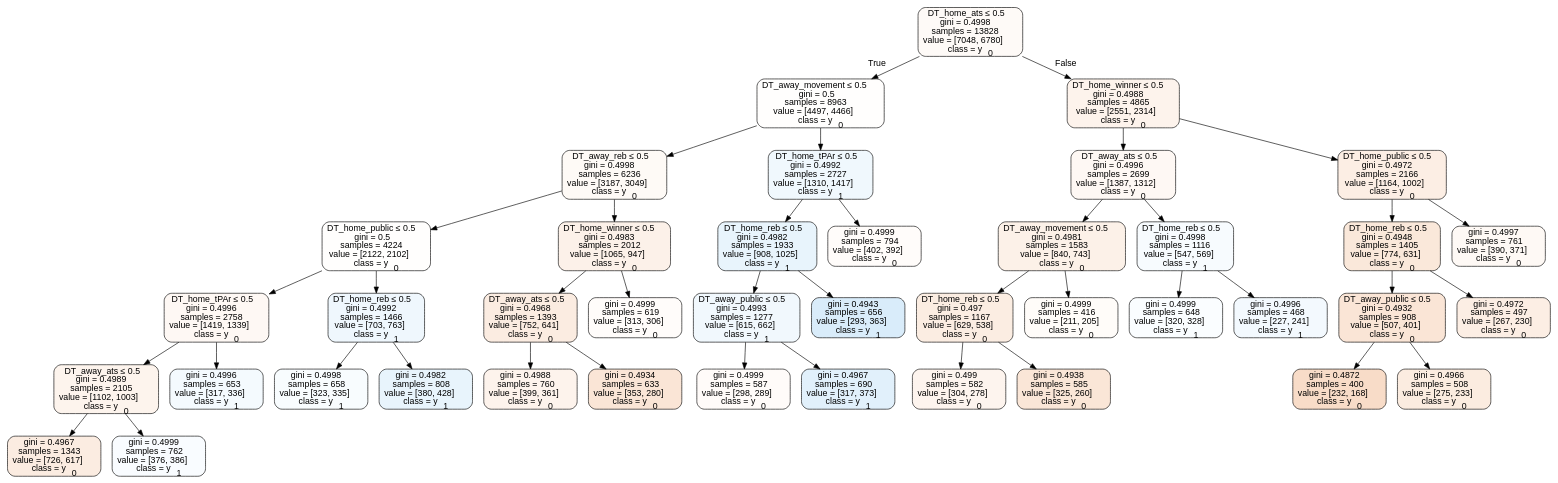
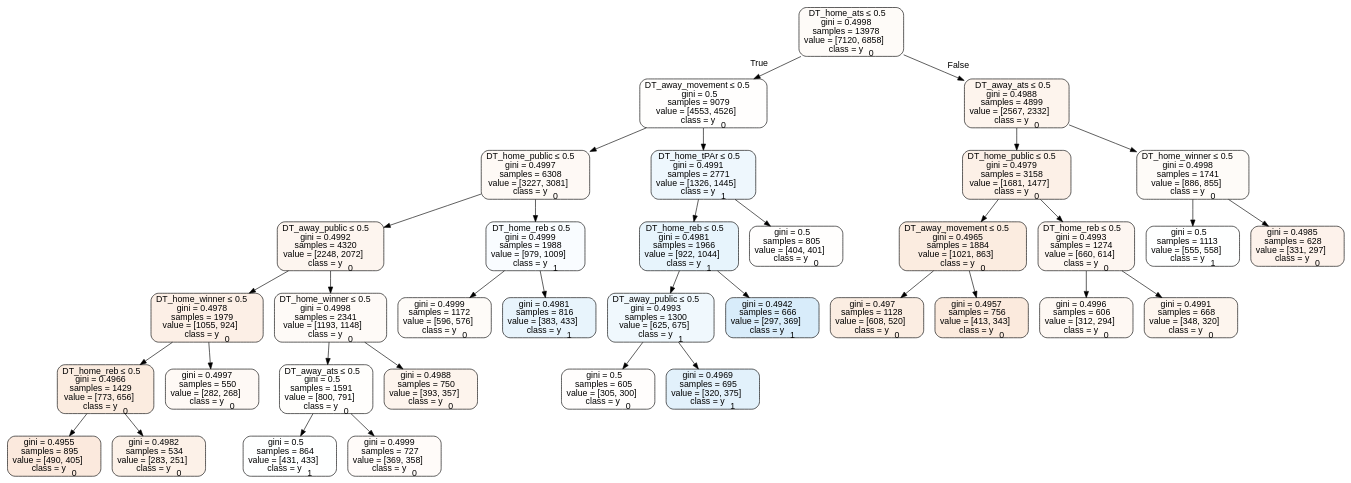
The diagram in tree_data/tree2012home.dot (usbogie/ncaa-bets), drawn with Graphviz before and after one commit. The commit also changed 26 other files, not shown here.

```diff
--- a/tree_data/tree2012home.dot
+++ b/tree_data/tree2012home.dot
@@ -1,85 +1,73 @@
 digraph Tree {
 node [shape=box, style="filled, rounded", color="black", fontname=helvetica] ;
 edge [fontname=helvetica] ;
-0 [label=<DT_home_ats &le; 0.5<br/>gini = 0.4998<br/>samples = 13828<br/>value = [7048, 6780]<br/>class = y<SUB>0</SUB>>, fillcolor="#e581390a"] ;
-1 [label=<DT_away_movement &le; 0.5<br/>gini = 0.5<br/>samples = 8963<br/>value = [4497, 4466]<br/>class = y<SUB>0</SUB>>, fillcolor="#e5813902"] ;
+0 [label=<DT_home_ats &le; 0.5<br/>gini = 0.4998<br/>samples = 13978<br/>value = [7120, 6858]<br/>class = y<SUB>0</SUB>>, fillcolor="#e5813909"] ;
+1 [label=<DT_away_movement &le; 0.5<br/>gini = 0.5<br/>samples = 9079<br/>value = [4553, 4526]<br/>class = y<SUB>0</SUB>>, fillcolor="#e5813902"] ;
 0 -> 1 [labeldistance=2.5, labelangle=45, headlabel="True"] ;
-2 [label=<DT_away_reb &le; 0.5<br/>gini = 0.4998<br/>samples = 6236<br/>value = [3187, 3049]<br/>class = y<SUB>0</SUB>>, fillcolor="#e581390b"] ;
+2 [label=<DT_home_public &le; 0.5<br/>gini = 0.4997<br/>samples = 6308<br/>value = [3227, 3081]<br/>class = y<SUB>0</SUB>>, fillcolor="#e581390c"] ;
 1 -> 2 ;
-3 [label=<DT_home_public &le; 0.5<br/>gini = 0.5<br/>samples = 4224<br/>value = [2122, 2102]<br/>class = y<SUB>0</SUB>>, fillcolor="#e5813902"] ;
+3 [label=<DT_away_public &le; 0.5<br/>gini = 0.4992<br/>samples = 4320<br/>value = [2248, 2072]<br/>class = y<SUB>0</SUB>>, fillcolor="#e5813914"] ;
 2 -> 3 ;
-4 [label=<DT_home_tPAr &le; 0.5<br/>gini = 0.4996<br/>samples = 2758<br/>value = [1419, 1339]<br/>class = y<SUB>0</SUB>>, fillcolor="#e581390e"] ;
+4 [label=<DT_home_winner &le; 0.5<br/>gini = 0.4978<br/>samples = 1979<br/>value = [1055, 924]<br/>class = y<SUB>0</SUB>>, fillcolor="#e5813920"] ;
 3 -> 4 ;
-5 [label=<DT_away_ats &le; 0.5<br/>gini = 0.4989<br/>samples = 2105<br/>value = [1102, 1003]<br/>class = y<SUB>0</SUB>>, fillcolor="#e5813917"] ;
+5 [label=<DT_home_reb &le; 0.5<br/>gini = 0.4966<br/>samples = 1429<br/>value = [773, 656]<br/>class = y<SUB>0</SUB>>, fillcolor="#e5813927"] ;
 4 -> 5 ;
-6 [label=<gini = 0.4967<br/>samples = 1343<br/>value = [726, 617]<br/>class = y<SUB>0</SUB>>, fillcolor="#e5813926"] ;
+6 [label=<gini = 0.4955<br/>samples = 895<br/>value = [490, 405]<br/>class = y<SUB>0</SUB>>, fillcolor="#e581392c"] ;
 5 -> 6 ;
-7 [label=<gini = 0.4999<br/>samples = 762<br/>value = [376, 386]<br/>class = y<SUB>1</SUB>>, fillcolor="#399de507"] ;
+7 [label=<gini = 0.4982<br/>samples = 534<br/>value = [283, 251]<br/>class = y<SUB>0</SUB>>, fillcolor="#e581391d"] ;
 5 -> 7 ;
-8 [label=<gini = 0.4996<br/>samples = 653<br/>value = [317, 336]<br/>class = y<SUB>1</SUB>>, fillcolor="#399de50e"] ;
+8 [label=<gini = 0.4997<br/>samples = 550<br/>value = [282, 268]<br/>class = y<SUB>0</SUB>>, fillcolor="#e581390d"] ;
 4 -> 8 ;
-9 [label=<DT_home_reb &le; 0.5<br/>gini = 0.4992<br/>samples = 1466<br/>value = [703, 763]<br/>class = y<SUB>1</SUB>>, fillcolor="#399de514"] ;
+9 [label=<DT_home_winner &le; 0.5<br/>gini = 0.4998<br/>samples = 2341<br/>value = [1193, 1148]<br/>class = y<SUB>0</SUB>>, fillcolor="#e581390a"] ;
 3 -> 9 ;
-10 [label=<gini = 0.4998<br/>samples = 658<br/>value = [323, 335]<br/>class = y<SUB>1</SUB>>, fillcolor="#399de509"] ;
+10 [label=<DT_away_ats &le; 0.5<br/>gini = 0.5<br/>samples = 1591<br/>value = [800, 791]<br/>class = y<SUB>0</SUB>>, fillcolor="#e5813903"] ;
 9 -> 10 ;
-11 [label=<gini = 0.4982<br/>samples = 808<br/>value = [380, 428]<br/>class = y<SUB>1</SUB>>, fillcolor="#399de51d"] ;
-9 -> 11 ;
-12 [label=<DT_home_winner &le; 0.5<br/>gini = 0.4983<br/>samples = 2012<br/>value = [1065, 947]<br/>class = y<SUB>0</SUB>>, fillcolor="#e581391c"] ;
-2 -> 12 ;
-13 [label=<DT_away_ats &le; 0.5<br/>gini = 0.4968<br/>samples = 1393<br/>value = [752, 641]<br/>class = y<SUB>0</SUB>>, fillcolor="#e5813926"] ;
-12 -> 13 ;
-14 [label=<gini = 0.4988<br/>samples = 760<br/>value = [399, 361]<br/>class = y<SUB>0</SUB>>, fillcolor="#e5813918"] ;
-13 -> 14 ;
-15 [label=<gini = 0.4934<br/>samples = 633<br/>value = [353, 280]<br/>class = y<SUB>0</SUB>>, fillcolor="#e5813935"] ;
-13 -> 15 ;
-16 [label=<gini = 0.4999<br/>samples = 619<br/>value = [313, 306]<br/>class = y<SUB>0</SUB>>, fillcolor="#e5813906"] ;
-12 -> 16 ;
-17 [label=<DT_home_tPAr &le; 0.5<br/>gini = 0.4992<br/>samples = 2727<br/>value = [1310, 1417]<br/>class = y<SUB>1</SUB>>, fillcolor="#399de513"] ;
+11 [label=<gini = 0.5<br/>samples = 864<br/>value = [431, 433]<br/>class = y<SUB>1</SUB>>, fillcolor="#399de501"] ;
+10 -> 11 ;
+12 [label=<gini = 0.4999<br/>samples = 727<br/>value = [369, 358]<br/>class = y<SUB>0</SUB>>, fillcolor="#e5813908"] ;
+10 -> 12 ;
+13 [label=<gini = 0.4988<br/>samples = 750<br/>value = [393, 357]<br/>class = y<SUB>0</SUB>>, fillcolor="#e5813917"] ;
+9 -> 13 ;
+14 [label=<DT_home_reb &le; 0.5<br/>gini = 0.4999<br/>samples = 1988<br/>value = [979, 1009]<br/>class = y<SUB>1</SUB>>, fillcolor="#399de508"] ;
+2 -> 14 ;
+15 [label=<gini = 0.4999<br/>samples = 1172<br/>value = [596, 576]<br/>class = y<SUB>0</SUB>>, fillcolor="#e5813909"] ;
+14 -> 15 ;
+16 [label=<gini = 0.4981<br/>samples = 816<br/>value = [383, 433]<br/>class = y<SUB>1</SUB>>, fillcolor="#399de51d"] ;
+14 -> 16 ;
+17 [label=<DT_home_tPAr &le; 0.5<br/>gini = 0.4991<br/>samples = 2771<br/>value = [1326, 1445]<br/>class = y<SUB>1</SUB>>, fillcolor="#399de515"] ;
 1 -> 17 ;
-18 [label=<DT_home_reb &le; 0.5<br/>gini = 0.4982<br/>samples = 1933<br/>value = [908, 1025]<br/>class = y<SUB>1</SUB>>, fillcolor="#399de51d"] ;
+18 [label=<DT_home_reb &le; 0.5<br/>gini = 0.4981<br/>samples = 1966<br/>value = [922, 1044]<br/>class = y<SUB>1</SUB>>, fillcolor="#399de51e"] ;
 17 -> 18 ;
-19 [label=<DT_away_public &le; 0.5<br/>gini = 0.4993<br/>samples = 1277<br/>value = [615, 662]<br/>class = y<SUB>1</SUB>>, fillcolor="#399de512"] ;
+19 [label=<DT_away_public &le; 0.5<br/>gini = 0.4993<br/>samples = 1300<br/>value = [625, 675]<br/>class = y<SUB>1</SUB>>, fillcolor="#399de513"] ;
 18 -> 19 ;
-20 [label=<gini = 0.4999<br/>samples = 587<br/>value = [298, 289]<br/>class = y<SUB>0</SUB>>, fillcolor="#e5813908"] ;
+20 [label=<gini = 0.5<br/>samples = 605<br/>value = [305, 300]<br/>class = y<SUB>0</SUB>>, fillcolor="#e5813904"] ;
 19 -> 20 ;
-21 [label=<gini = 0.4967<br/>samples = 690<br/>value = [317, 373]<br/>class = y<SUB>1</SUB>>, fillcolor="#399de526"] ;
+21 [label=<gini = 0.4969<br/>samples = 695<br/>value = [320, 375]<br/>class = y<SUB>1</SUB>>, fillcolor="#399de525"] ;
 19 -> 21 ;
-22 [label=<gini = 0.4943<br/>samples = 656<br/>value = [293, 363]<br/>class = y<SUB>1</SUB>>, fillcolor="#399de531"] ;
+22 [label=<gini = 0.4942<br/>samples = 666<br/>value = [297, 369]<br/>class = y<SUB>1</SUB>>, fillcolor="#399de532"] ;
 18 -> 22 ;
-23 [label=<gini = 0.4999<br/>samples = 794<br/>value = [402, 392]<br/>class = y<SUB>0</SUB>>, fillcolor="#e5813906"] ;
+23 [label=<gini = 0.5<br/>samples = 805<br/>value = [404, 401]<br/>class = y<SUB>0</SUB>>, fillcolor="#e5813902"] ;
 17 -> 23 ;
-24 [label=<DT_home_winner &le; 0.5<br/>gini = 0.4988<br/>samples = 4865<br/>value = [2551, 2314]<br/>class = y<SUB>0</SUB>>, fillcolor="#e5813918"] ;
+24 [label=<DT_away_ats &le; 0.5<br/>gini = 0.4988<br/>samples = 4899<br/>value = [2567, 2332]<br/>class = y<SUB>0</SUB>>, fillcolor="#e5813917"] ;
 0 -> 24 [labeldistance=2.5, labelangle=-45, headlabel="False"] ;
-25 [label=<DT_away_ats &le; 0.5<br/>gini = 0.4996<br/>samples = 2699<br/>value = [1387, 1312]<br/>class = y<SUB>0</SUB>>, fillcolor="#e581390e"] ;
+25 [label=<DT_home_public &le; 0.5<br/>gini = 0.4979<br/>samples = 3158<br/>value = [1681, 1477]<br/>class = y<SUB>0</SUB>>, fillcolor="#e581391f"] ;
 24 -> 25 ;
-26 [label=<DT_away_movement &le; 0.5<br/>gini = 0.4981<br/>samples = 1583<br/>value = [840, 743]<br/>class = y<SUB>0</SUB>>, fillcolor="#e581391d"] ;
+26 [label=<DT_away_movement &le; 0.5<br/>gini = 0.4965<br/>samples = 1884<br/>value = [1021, 863]<br/>class = y<SUB>0</SUB>>, fillcolor="#e5813927"] ;
 25 -> 26 ;
-27 [label=<DT_home_reb &le; 0.5<br/>gini = 0.497<br/>samples = 1167<br/>value = [629, 538]<br/>class = y<SUB>0</SUB>>, fillcolor="#e5813925"] ;
+27 [label=<gini = 0.497<br/>samples = 1128<br/>value = [608, 520]<br/>class = y<SUB>0</SUB>>, fillcolor="#e5813925"] ;
 26 -> 27 ;
-28 [label=<gini = 0.499<br/>samples = 582<br/>value = [304, 278]<br/>class = y<SUB>0</SUB>>, fillcolor="#e5813916"] ;
-27 -> 28 ;
-29 [label=<gini = 0.4938<br/>samples = 585<br/>value = [325, 260]<br/>class = y<SUB>0</SUB>>, fillcolor="#e5813933"] ;
-27 -> 29 ;
-30 [label=<gini = 0.4999<br/>samples = 416<br/>value = [211, 205]<br/>class = y<SUB>0</SUB>>, fillcolor="#e5813907"] ;
-26 -> 30 ;
-31 [label=<DT_home_reb &le; 0.5<br/>gini = 0.4998<br/>samples = 1116<br/>value = [547, 569]<br/>class = y<SUB>1</SUB>>, fillcolor="#399de50a"] ;
-25 -> 31 ;
-32 [label=<gini = 0.4999<br/>samples = 648<br/>value = [320, 328]<br/>class = y<SUB>1</SUB>>, fillcolor="#399de506"] ;
-31 -> 32 ;
-33 [label=<gini = 0.4996<br/>samples = 468<br/>value = [227, 241]<br/>class = y<SUB>1</SUB>>, fillcolor="#399de50f"] ;
-31 -> 33 ;
-34 [label=<DT_home_public &le; 0.5<br/>gini = 0.4972<br/>samples = 2166<br/>value = [1164, 1002]<br/>class = y<SUB>0</SUB>>, fillcolor="#e5813923"] ;
-24 -> 34 ;
-35 [label=<DT_home_reb &le; 0.5<br/>gini = 0.4948<br/>samples = 1405<br/>value = [774, 631]<br/>class = y<SUB>0</SUB>>, fillcolor="#e581392f"] ;
-34 -> 35 ;
-36 [label=<DT_away_public &le; 0.5<br/>gini = 0.4932<br/>samples = 908<br/>value = [507, 401]<br/>class = y<SUB>0</SUB>>, fillcolor="#e5813935"] ;
-35 -> 36 ;
-37 [label=<gini = 0.4872<br/>samples = 400<br/>value = [232, 168]<br/>class = y<SUB>0</SUB>>, fillcolor="#e5813946"] ;
-36 -> 37 ;
-38 [label=<gini = 0.4966<br/>samples = 508<br/>value = [275, 233]<br/>class = y<SUB>0</SUB>>, fillcolor="#e5813927"] ;
-36 -> 38 ;
-39 [label=<gini = 0.4972<br/>samples = 497<br/>value = [267, 230]<br/>class = y<SUB>0</SUB>>, fillcolor="#e5813923"] ;
-35 -> 39 ;
-40 [label=<gini = 0.4997<br/>samples = 761<br/>value = [390, 371]<br/>class = y<SUB>0</SUB>>, fillcolor="#e581390c"] ;
-34 -> 40 ;
+28 [label=<gini = 0.4957<br/>samples = 756<br/>value = [413, 343]<br/>class = y<SUB>0</SUB>>, fillcolor="#e581392b"] ;
+26 -> 28 ;
+29 [label=<DT_home_reb &le; 0.5<br/>gini = 0.4993<br/>samples = 1274<br/>value = [660, 614]<br/>class = y<SUB>0</SUB>>, fillcolor="#e5813912"] ;
+25 -> 29 ;
+30 [label=<gini = 0.4996<br/>samples = 606<br/>value = [312, 294]<br/>class = y<SUB>0</SUB>>, fillcolor="#e581390f"] ;
+29 -> 30 ;
+31 [label=<gini = 0.4991<br/>samples = 668<br/>value = [348, 320]<br/>class = y<SUB>0</SUB>>, fillcolor="#e5813915"] ;
+29 -> 31 ;
+32 [label=<DT_home_winner &le; 0.5<br/>gini = 0.4998<br/>samples = 1741<br/>value = [886, 855]<br/>class = y<SUB>0</SUB>>, fillcolor="#e5813909"] ;
+24 -> 32 ;
+33 [label=<gini = 0.5<br/>samples = 1113<br/>value = [555, 558]<br/>class = y<SUB>1</SUB>>, fillcolor="#399de501"] ;
+32 -> 33 ;
+34 [label=<gini = 0.4985<br/>samples = 628<br/>value = [331, 297]<br/>class = y<SUB>0</SUB>>, fillcolor="#e581391a"] ;
+32 -> 34 ;
 }
```
